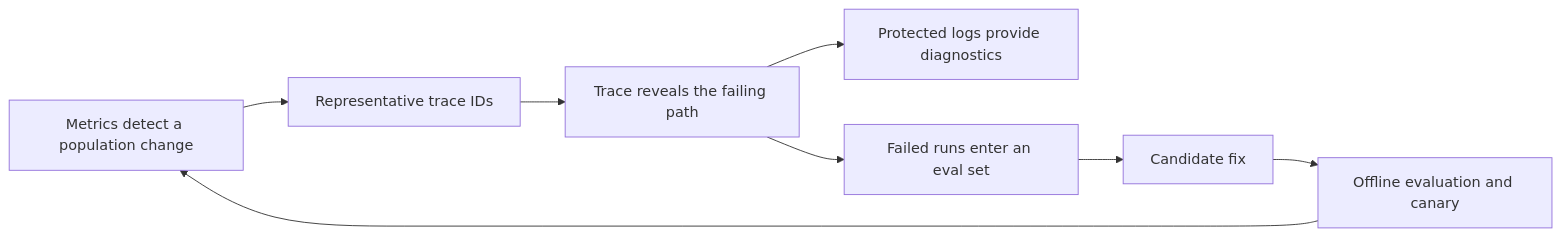
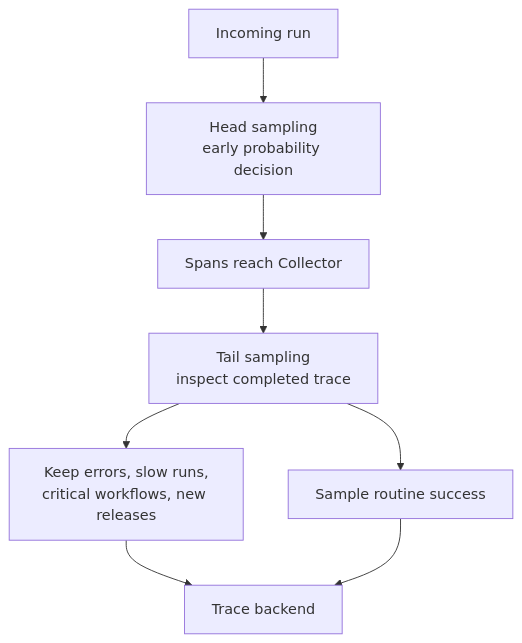
One commit to senlinyy/dev-roadmaps changed the seventh of 9 diagrams in roadmaps/mlops/modules/llmops/runtime-observability/01-agent-tracing.md. Above: the diagram before and after it, drawn with Mermaid. The commit also changed other lines of this file and 198 other files, not shown here.

````diff
--- a/roadmaps/mlops/modules/llmops/runtime-observability/01-agent-tracing.md
+++ b/roadmaps/mlops/modules/llmops/runtime-observability/01-agent-tracing.md
@@ -49,10 +382,10 @@
 ```mermaid
-flowchart LR
-    A[Metrics detect a population change] --> B[Representative trace IDs]
-    B --> C[Trace reveals the failing path]
-    C --> D[Protected logs provide diagnostics]
-    C --> E[Failed runs enter an eval set]
-    E --> F[Candidate fix]
-    F --> G[Offline evaluation and canary]
-    G --> A
+flowchart TD
+    A["Incoming run"] --> B["Head sampling<br/>early probability decision"]
+    B --> C["Spans reach Collector"]
+    C --> D["Tail sampling<br/>inspect completed trace"]
+    D --> E["Keep errors, slow runs,<br/>critical workflows, new releases"]
+    D --> F["Sample routine success"]
+    E --> G["Trace backend"]
+    F --> G
 ```
````
